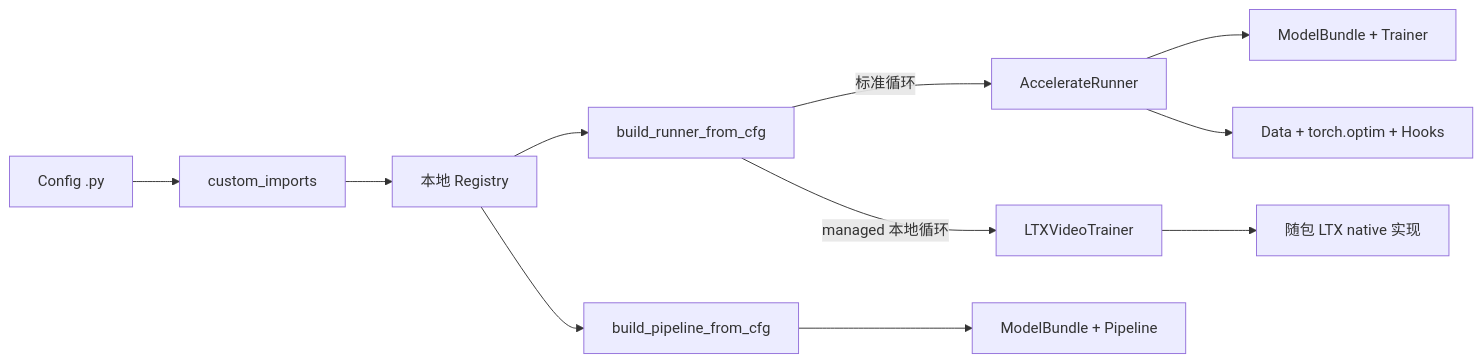
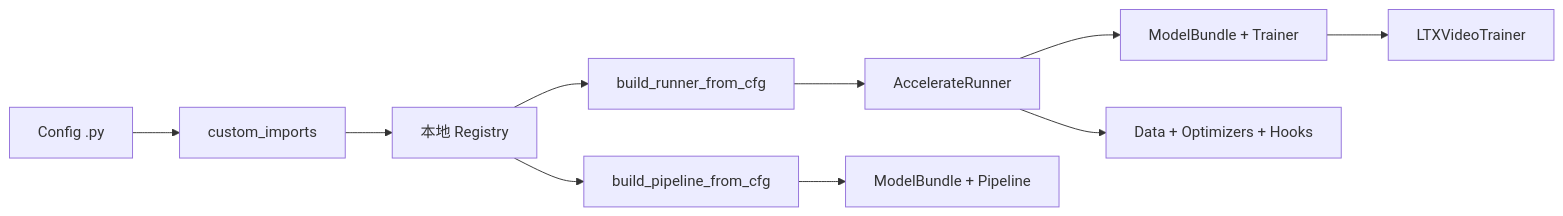
Before and after one commit to ZeyuLing/HFTrainer: the first of 2 diagrams in docs/zh-cn/architecture.md, drawn with Mermaid. The commit also changed other lines of this file and 23 other files, not shown here.

Commit message:
Integrate LTX training with the shared runner and add Muon support

````diff
--- a/docs/zh-cn/architecture.md
+++ b/docs/zh-cn/architecture.md
@@ -5,13 +5,12 @@
 ```mermaid
 flowchart LR
     A["Config .py"] --> B["custom_imports"]
     B --> C["本地 Registry"]
     C --> D["build_runner_from_cfg"]
-    D -->|标准循环| E["AccelerateRunner"]
-    D -->|managed 本地循环| F["LTXVideoTrainer"]
+    D --> E["AccelerateRunner"]
     E --> G["ModelBundle + Trainer"]
-    E --> H["Data + torch.optim + Hooks"]
-    F --> I["随包 LTX native 实现"]
+    E --> H["Data + Optimizers + Hooks"]
+    G --> I["LTXVideoTrainer"]
     C --> J["build_pipeline_from_cfg"]
     J --> K["ModelBundle + Pipeline"]
 ```
````
